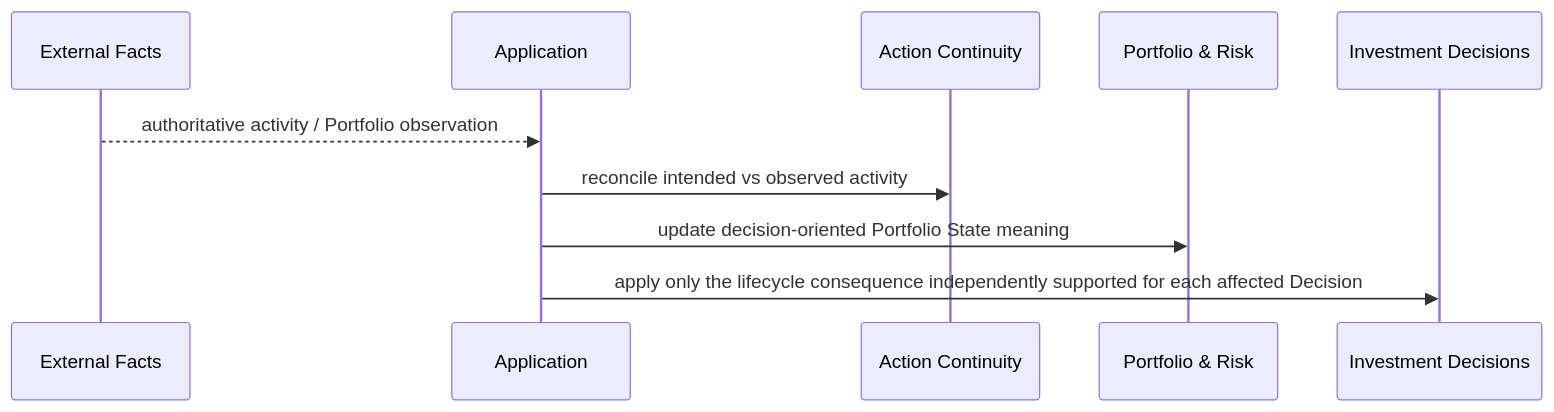
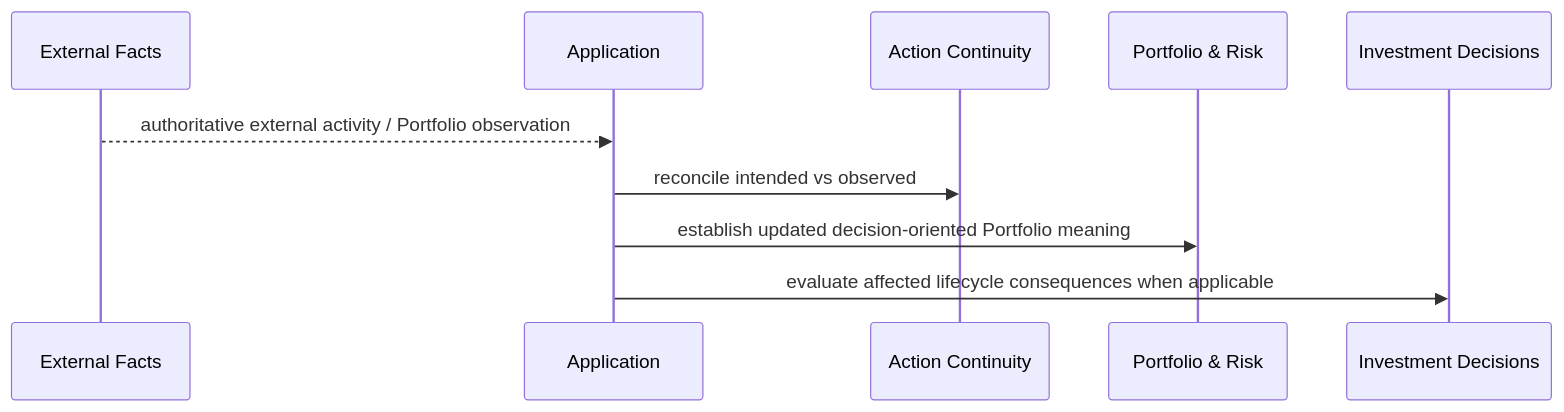
The eighth of 8 diagrams in docs/proposed/platform-domain-interaction-map.md (sponge-b0b/Polaris), drawn with Mermaid before and after one commit. The commit also changed other lines of this file and 10 other files, not shown here.

````diff
--- a/docs/proposed/platform-domain-interaction-map.md
+++ b/docs/proposed/platform-domain-interaction-map.md
@@ -369,13 +394,13 @@
 ```mermaid
 sequenceDiagram
     participant X as External Facts
     participant App as Application
     participant A as Action Continuity
-    participant R as Portfolio & Risk
+    participant P as Portfolio & Risk
     participant D as Investment Decisions
 
-    X-->>App: authoritative activity / Portfolio observation
-    App->>A: reconcile intended vs observed activity
-    App->>R: update decision-oriented Portfolio State meaning
-    App->>D: apply only the lifecycle consequence independently supported for each affected Decision
+    X-->>App: authoritative external activity / Portfolio observation
+    App->>A: reconcile intended vs observed
+    App->>P: establish updated decision-oriented Portfolio meaning
+    App->>D: evaluate affected lifecycle consequences when applicable
 ```
````
